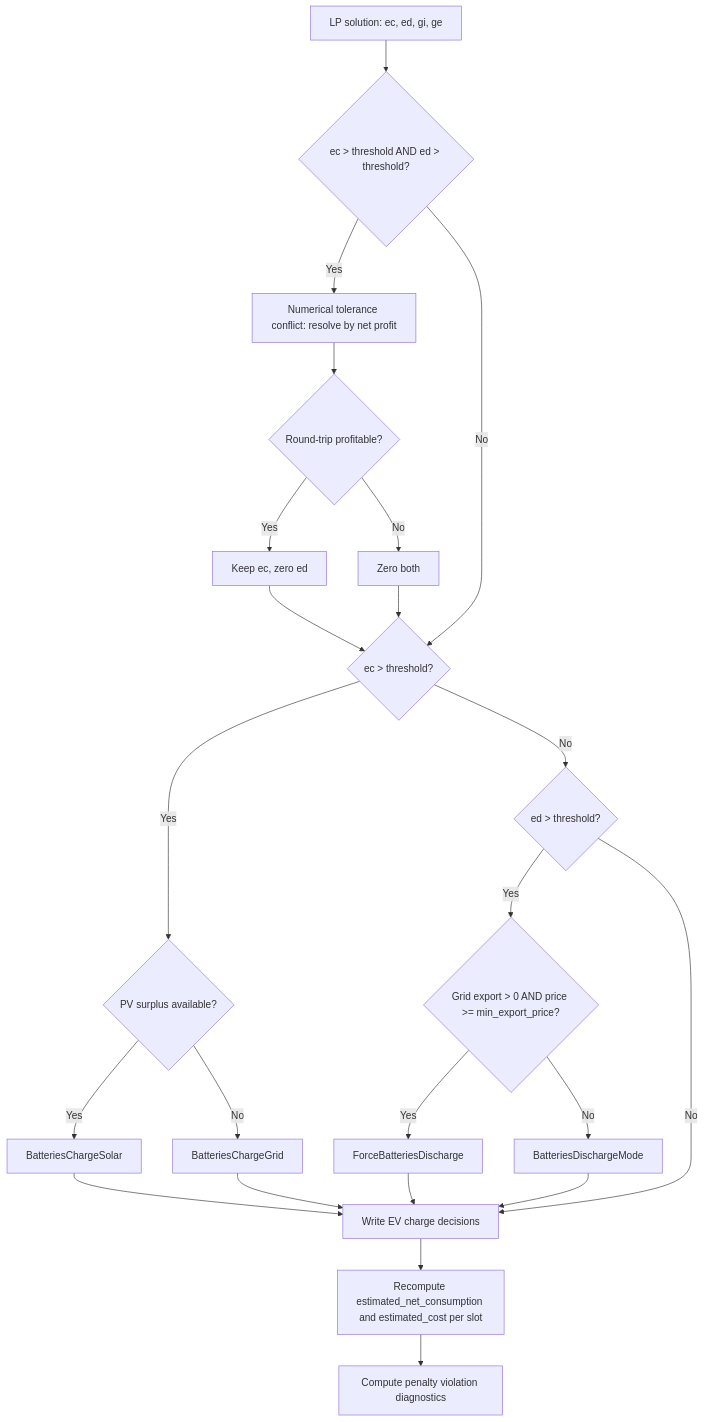
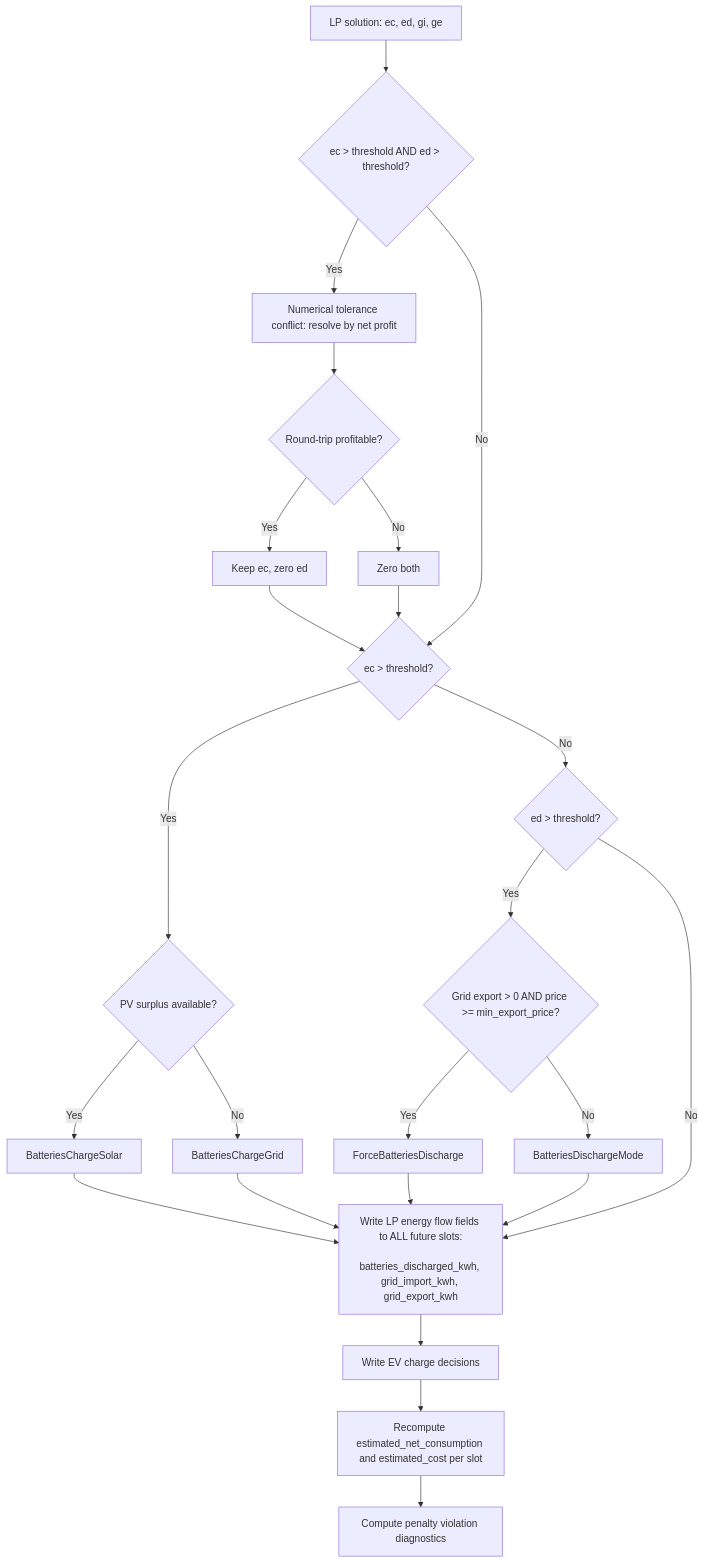
The second of 2 diagrams in docs/milp-optimization.md (woopstar/hsem), drawn with Mermaid before and after one commit. The commit also changed other lines of this file and 6 other files, not shown here.

First line of the commit message:
fix(milp): make LP's ed[t] the source of truth for batteries_discharged_kwh

````diff
--- a/docs/milp-optimization.md
+++ b/docs/milp-optimization.md
@@ -298,35 +299,37 @@
 ```mermaid
 flowchart TD
     A[LP solution: ec, ed, gi, ge]
     B{ec > threshold AND ed > threshold?}
     C[Numerical tolerance conflict: resolve by net profit]
     D{Round-trip profitable?}
     E[Keep ec, zero ed]
     F[Zero both]
     G{ec > threshold?}
     H{PV surplus available?}
     I[BatteriesChargeSolar]
     J[BatteriesChargeGrid]
     K{ed > threshold?}
     L{Grid export > 0 AND price >= min_export_price?}
     M[ForceBatteriesDischarge]
     N[BatteriesDischargeMode]
+    N2[Write LP energy flow fields to ALL future slots:
+    batteries_discharged_kwh, grid_import_kwh, grid_export_kwh]
     O[Write EV charge decisions]
     P[Recompute estimated_net_consumption and estimated_cost per slot]
     Q[Compute penalty violation diagnostics]
 
     A --> B
     B -->|Yes| C --> D
     D -->|Yes| E --> G
     D -->|No| F --> G
     B -->|No| G
     G -->|Yes| H
-    H -->|Yes| I --> O
-    H -->|No| J --> O
+    H -->|Yes| I --> N2
+    H -->|No| J --> N2
     G -->|No| K
     K -->|Yes| L
-    L -->|Yes| M --> O
-    L -->|No| N --> O
-    K -->|No| O
-    O --> P --> Q
+    L -->|Yes| M --> N2
+    L -->|No| N --> N2
+    K -->|No| N2
+    N2 --> O --> P --> Q
 ```
````
